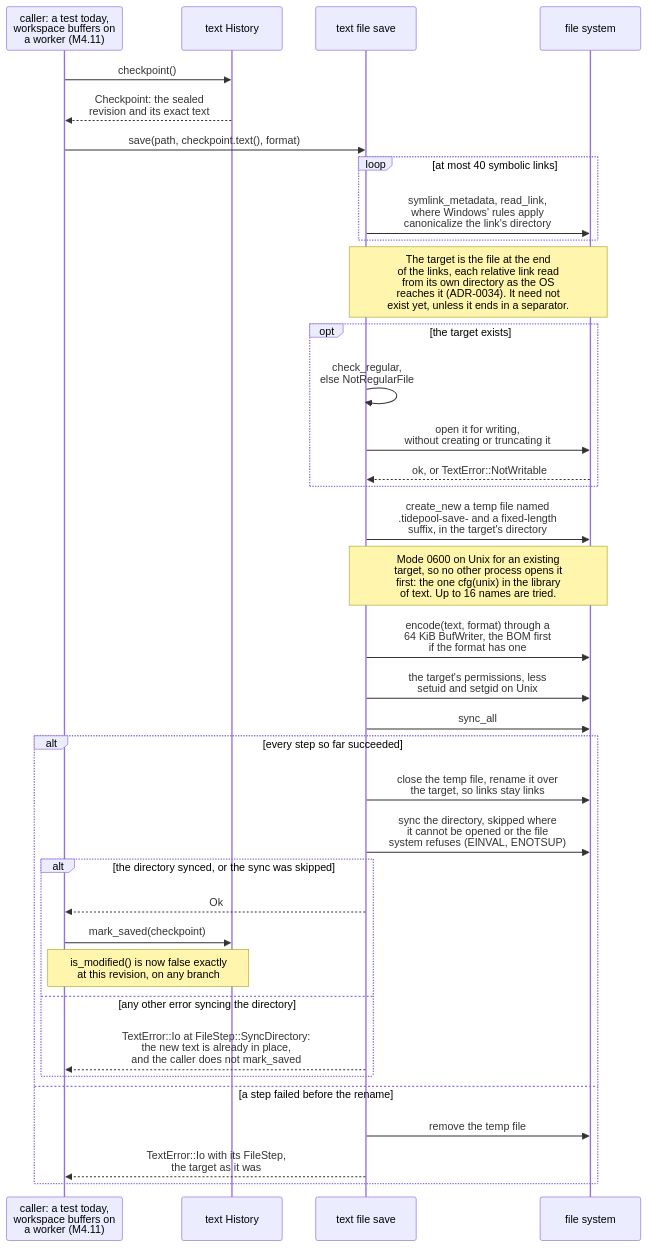
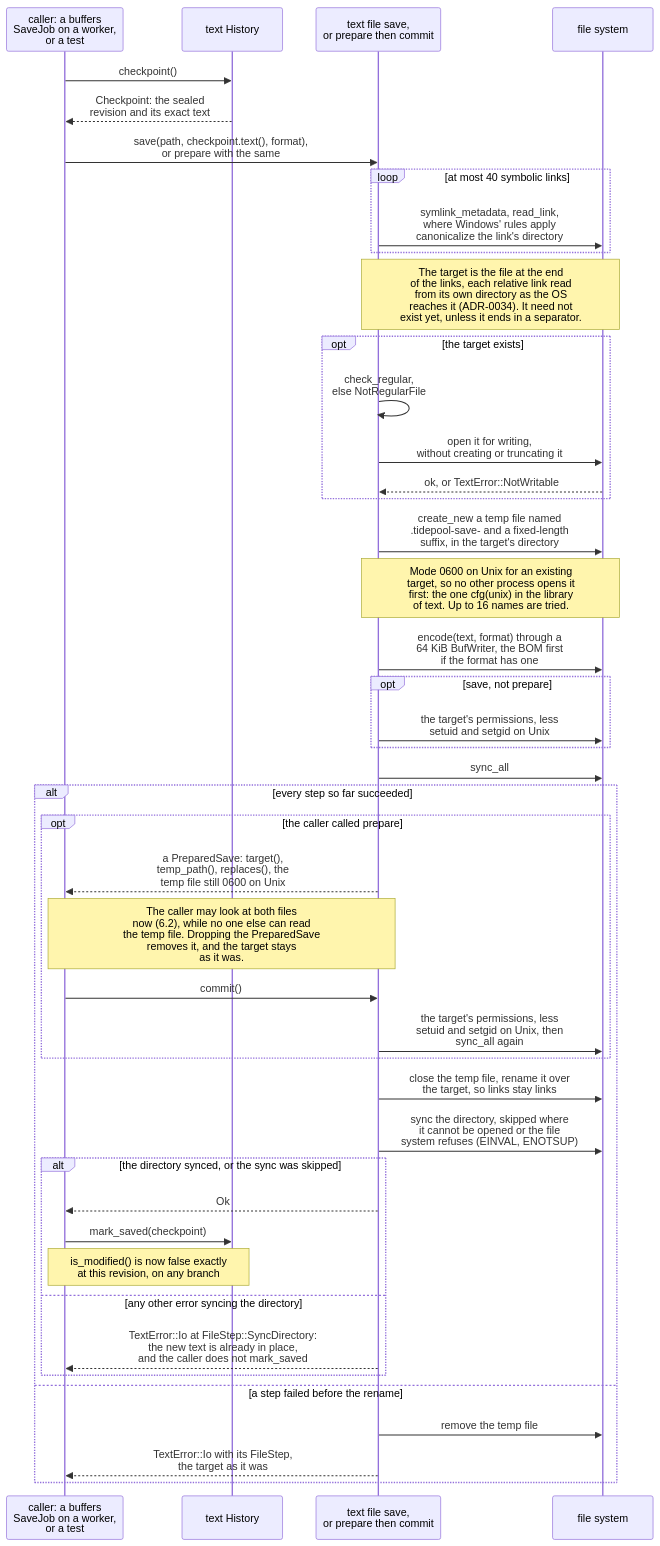
Before and after one commit to jabbott-iii/Tidepool: the seventh of 25 diagrams in diagrams/sequence-diagrams.md, drawn with Mermaid. The commit also changed other lines of this file and 50 other files, not shown here.

First line of the commit message:
feat(workspace,text): buffers, file tree and sessions (M4.11, ADR-0069)

````diff
--- a/diagrams/sequence-diagrams.md
+++ b/diagrams/sequence-diagrams.md
@@ -419,39 +427,47 @@
 ```mermaid
 sequenceDiagram
-    participant Caller as caller: a test today,<br/>workspace buffers on<br/>a worker (M4.11)
+    participant Caller as caller: a buffers<br/>SaveJob on a worker,<br/>or a test
     participant Hist as text History
-    participant Save as text file save
+    participant Save as text file save,<br/>or prepare then commit
     participant Fs as file system
 
     Caller->>Hist: checkpoint()
     Hist-->>Caller: Checkpoint: the sealed<br/>revision and its exact text
-    Caller->>Save: save(path, checkpoint.text(), format)
+    Caller->>Save: save(path, checkpoint.text(), format),<br/>or prepare with the same
     loop at most 40 symbolic links
         Save->>Fs: symlink_metadata, read_link,<br/>where Windows' rules apply<br/>canonicalize the link's directory
     end
     Note over Save,Fs: The target is the file at the end<br/>of the links, each relative link read<br/>from its own directory as the OS<br/>reaches it (ADR-0034). It need not<br/>exist yet, unless it ends in a separator.
     opt the target exists
         Save->>Save: check_regular,<br/>else NotRegularFile
         Save->>Fs: open it for writing,<br/>without creating or truncating it
         Fs-->>Save: ok, or TextError::NotWritable
     end
     Save->>Fs: create_new a temp file named<br/>.tidepool-save- and a fixed-length<br/>suffix, in the target's directory
     Note over Save,Fs: Mode 0600 on Unix for an existing<br/>target, so no other process opens it<br/>first: the one cfg(unix) in the library<br/>of text. Up to 16 names are tried.
     Save->>Fs: encode(text, format) through a<br/>64 KiB BufWriter, the BOM first<br/>if the format has one
-    Save->>Fs: the target's permissions, less<br/>setuid and setgid on Unix
+    opt save, not prepare
+        Save->>Fs: the target's permissions, less<br/>setuid and setgid on Unix
+    end
     Save->>Fs: sync_all
     alt every step so far succeeded
+        opt the caller called prepare
+            Save-->>Caller: a PreparedSave: target(),<br/>temp_path(), replaces(), the<br/>temp file still 0600 on Unix
+            Note over Caller,Save: The caller may look at both files<br/>now (6.2), while no one else can read<br/>the temp file. Dropping the PreparedSave<br/>removes it, and the target stays<br/>as it was.
+            Caller->>Save: commit()
+            Save->>Fs: the target's permissions, less<br/>setuid and setgid on Unix, then<br/>sync_all again
+        end
         Save->>Fs: close the temp file, rename it over<br/>the target, so links stay links
         Save->>Fs: sync the directory, skipped where<br/>it cannot be opened or the file<br/>system refuses (EINVAL, ENOTSUP)
         alt the directory synced, or the sync was skipped
             Save-->>Caller: Ok
             Caller->>Hist: mark_saved(checkpoint)
             Note over Caller,Hist: is_modified() is now false exactly<br/>at this revision, on any branch
         else any other error syncing the directory
             Save-->>Caller: TextError::Io at FileStep::SyncDirectory:<br/>the new text is already in place,<br/>and the caller does not mark_saved
         end
     else a step failed before the rename
         Save->>Fs: remove the temp file
         Save-->>Caller: TextError::Io with its FileStep,<br/>the target as it was
     end
 ```
````
